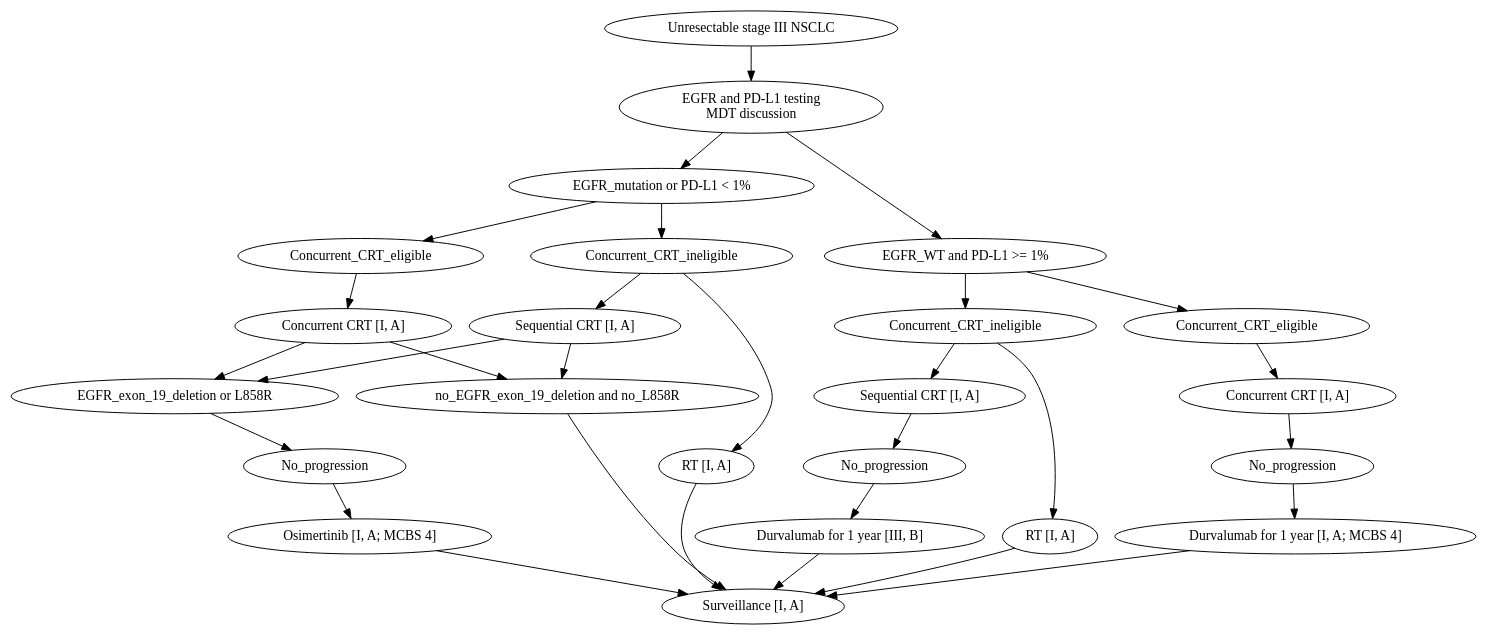
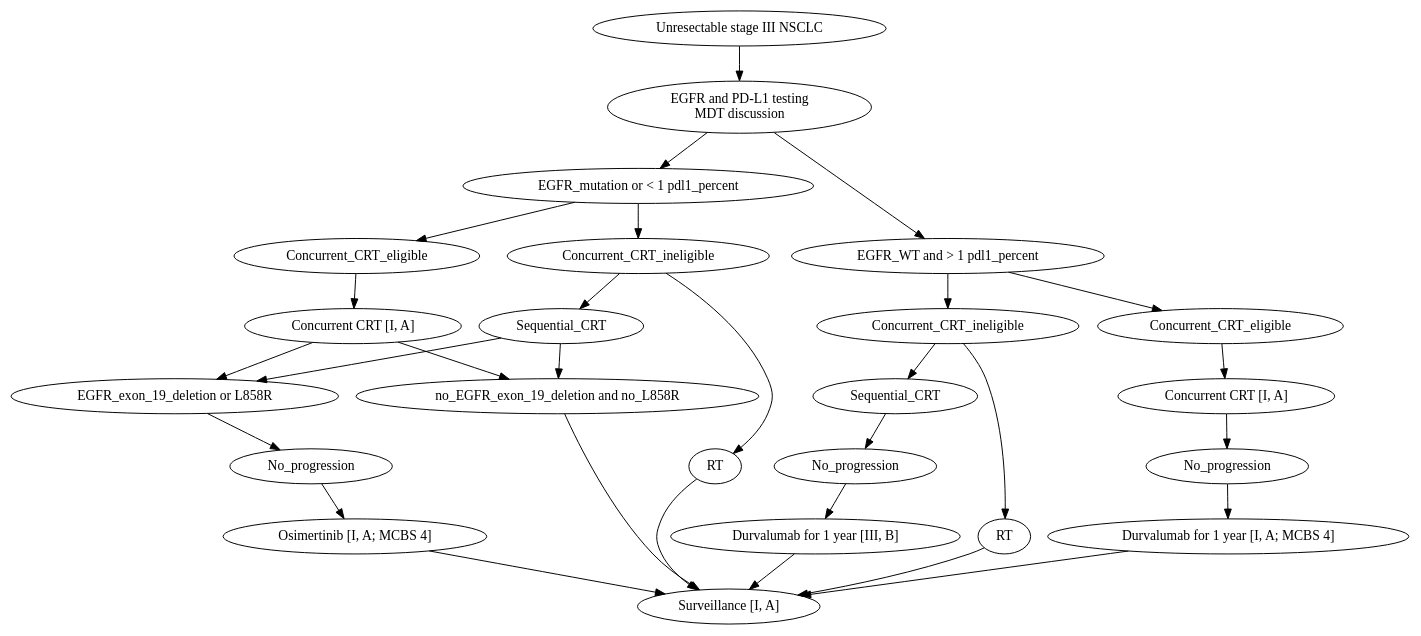
One commit to djhshih/dgraph-esmo changed the diagram in elansclc/dot/systemic_treatment.dot. Above: the diagram before and after it, drawn with Graphviz. The commit also changed 6 other files, not shown here.

Commit message:
Refactor locoregional staging graphs for improved clarity; update labels and add new curated files for systemic treatment and resectable stages

```diff
--- a/elansclc/dot/systemic_treatment.dot
+++ b/elansclc/dot/systemic_treatment.dot
@@ -1,83 +1,83 @@
 digraph G {
     // Structural Root
     a [label="Unresectable stage III NSCLC"];
 
     // Work-up Step
     b [label="EGFR and PD-L1 testing\nMDT discussion"];
     a -> b;
 
     // First Fan-out: Biomarker Status
-    c [label="EGFR_mutation or PD-L1 < 1%"];
-    d [label="EGFR_WT and PD-L1 >= 1%"];
+    c [label="EGFR_mutation or < 1 pdl1_percent"];
+    d [label="EGFR_WT and > 1 pdl1_percent"];
     b -> c;
     b -> d;
 
     // --- LEFT BRANCH: EGFR mutation or PD-L1 < 1% ---
     e [label="Concurrent_CRT_eligible"];
     f [label="Concurrent_CRT_ineligible"];
-    c -> e;
+    c -> e; 
     c -> f;
 
     // Eligible path
     g [label="Concurrent CRT [I, A]"];
     e -> g;
 
     // Ineligible path
-    h [label="Sequential CRT [I, A]"];
-    i [label="RT [I, A]"];
+    h [label="Sequential_CRT"]; //manual change to label in order to treat this as conditional node
+    i [label="RT"]; //manual change to label in order to treat this as conditional node
     f -> h;
     f -> i;
 
     // Biomarker Mutation Criteria Siblings
     j [label="EGFR_exon_19_deletion or L858R"];
     j_sibling [label="no_EGFR_exon_19_deletion and no_L858R"];
     
     g -> j;
     g -> j_sibling;
     h -> j;
     h -> j_sibling;
 
     // EGFR Mutated Path
     k [label="No_progression"];
     l [label="Osimertinib [I, A; MCBS 4]"];
     j -> k;
     k -> l;
 
     // Shared Terminal Surveillance
     z [label="Surveillance [I, A]"];
     
     // Connections to Surveillance
     j_sibling -> z;
     l -> z;
     i -> z;
 
 
     // --- RIGHT BRANCH: EGFR WT and PD-L1 >= 1% ---
     m [label="Concurrent_CRT_eligible"];
     n [label="Concurrent_CRT_ineligible"];
     d -> m;
     d -> n;
 
     // Eligible path
     o [label="Concurrent CRT [I, A]"];
     p [label="No_progression"];
     q [label="Durvalumab for 1 year [I, A; MCBS 4]"];
     
     m -> o;
     o -> p;
     p -> q;
     q -> z;
 
     // Ineligible path
-    r [label="Sequential CRT [I, A]"];
+    r [label="Sequential_CRT"]; //manual change to label in order to treat this as conditional node
     s [label="No_progression"];
     t [label="Durvalumab for 1 year [III, B]"];
-    u [label="RT [I, A]"];
+    u [label="RT"]; //manual change to label in order to treat this as conditional node
     
     n -> r;
     n -> u;
     r -> s;
     s -> t;
     t -> z;
     u -> z;
 }
```
